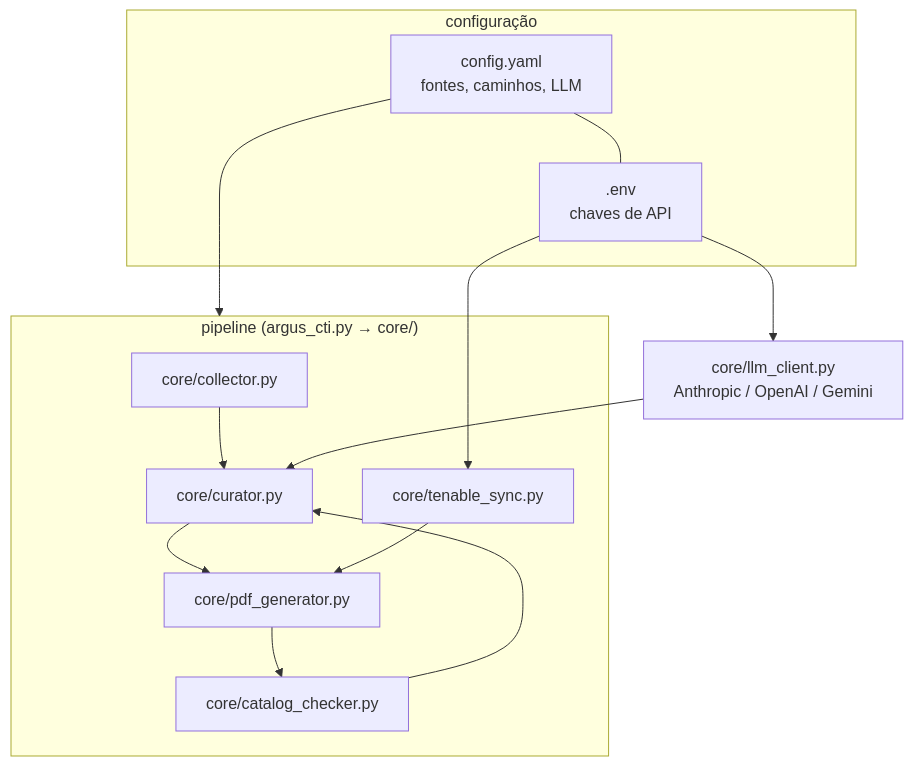
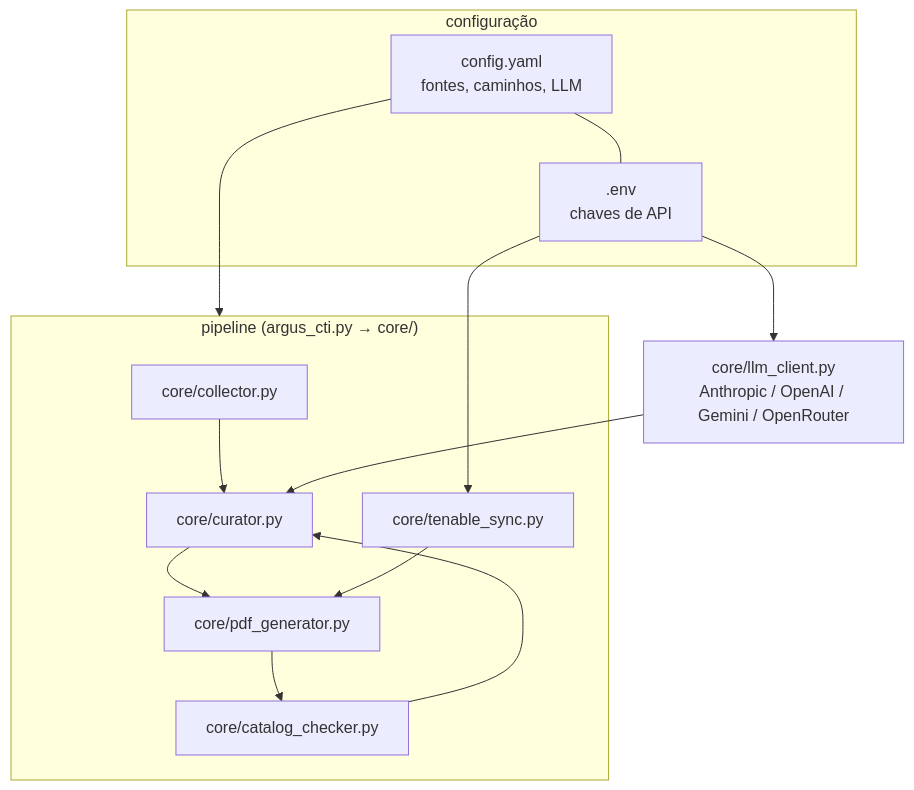
Before and after one commit to boliveiras/argus-cti-v1: the second of 2 diagrams in README.md, drawn with Mermaid. The commit also changed other lines of this file and 9 other files, not shown here.

Commit message:
Ajuste em diagramacao + melhoria salva relatorio + openrouter plugavel + logs syslog

````diff
--- a/README.md
+++ b/README.md
@@ -76,16 +76,16 @@
 ```mermaid
 flowchart TB
     subgraph config["configuração"]
         Y[config.yaml<br/>fontes, caminhos, LLM] --- Z[.env<br/>chaves de API]
     end
     subgraph nucleo["pipeline (argus_cti.py → core/)"]
         B[core/collector.py] --> C[core/curator.py] --> P[core/pdf_generator.py]
         K[core/catalog_checker.py] --> C
         P --> K
         T[core/tenable_sync.py] --> P
     end
-    L[core/llm_client.py<br/>Anthropic / OpenAI / Gemini] --> C
+    L[core/llm_client.py<br/>Anthropic / OpenAI / Gemini / OpenRouter] --> C
     Y --> nucleo
     Z --> L
     Z --> T
 ```
````
